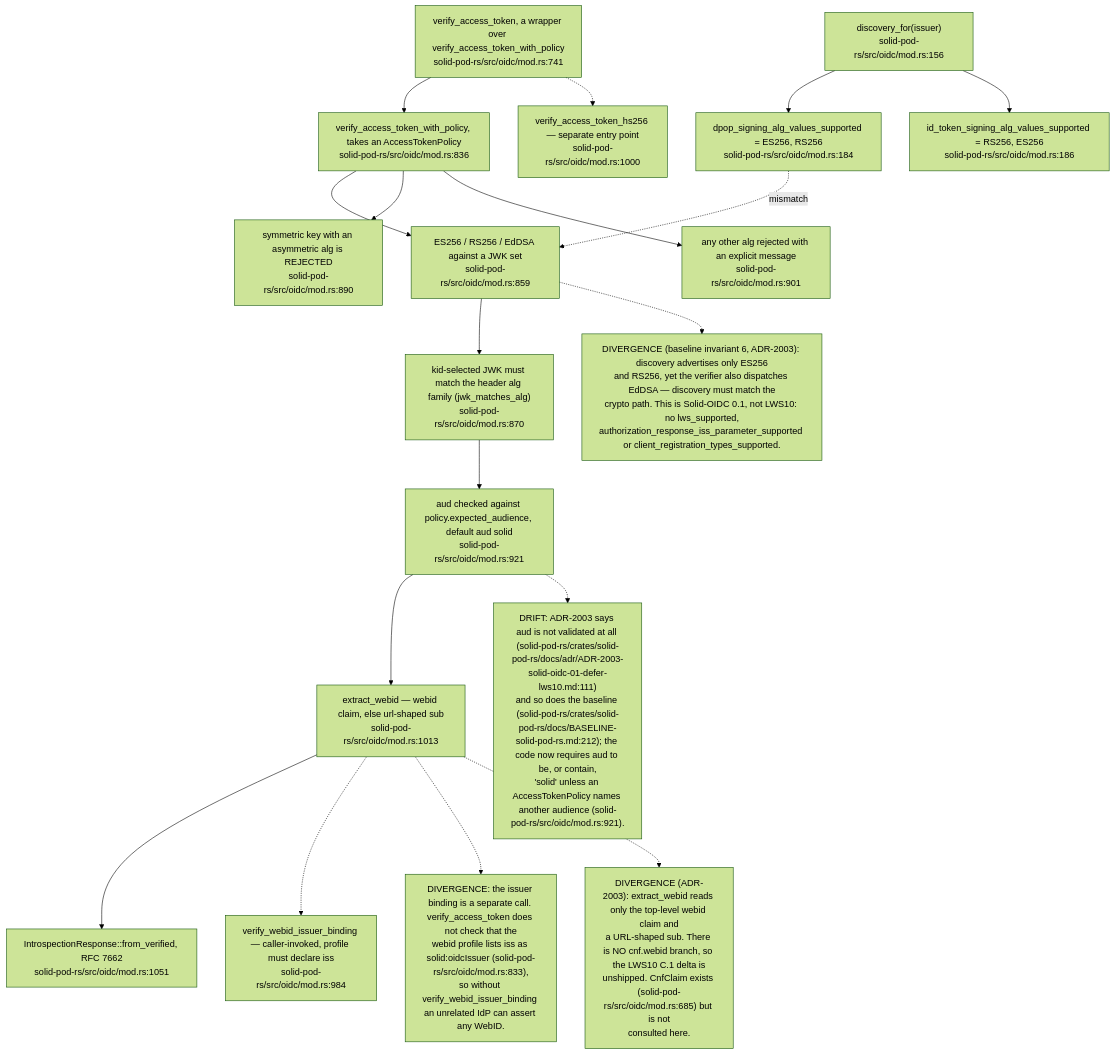
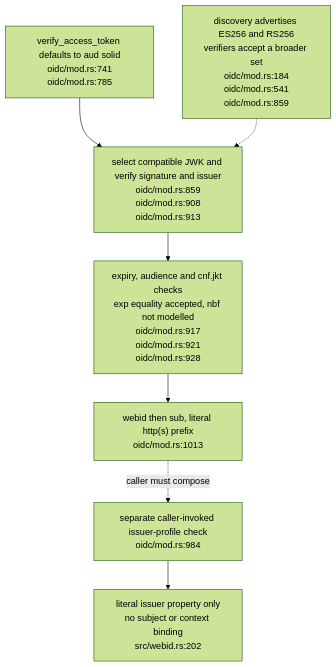
Before and after one commit to DreamLab-AI/VisionFlow: the seventh of 18 diagrams in docs/diagrams/solid-pod-rs/05-identity-nip98-did-oidc.md, drawn with Mermaid (forest theme). The commit also changed other lines of this file and 55 other files, not shown here.

Commit message:
docs: assess Solid OIDC admission and guarded fetching

````diff
--- a/docs/diagrams/solid-pod-rs/05-identity-nip98-did-oidc.md
+++ b/docs/diagrams/solid-pod-rs/05-identity-nip98-did-oidc.md
@@ -234,35 +226,13 @@
 ```mermaid
 flowchart TD
-    VT["verify_access_token, a wrapper over verify_access_token_with_policy<br/>solid-pod-rs/src/oidc/mod.rs:741"]
-    VTP["verify_access_token_with_policy, takes an AccessTokenPolicy<br/>solid-pod-rs/src/oidc/mod.rs:836"]
-    KID["kid-selected JWK must match the header alg family (jwk_matches_alg)<br/>solid-pod-rs/src/oidc/mod.rs:870"]
-    BIND["verify_webid_issuer_binding — caller-invoked, profile must declare iss<br/>solid-pod-rs/src/oidc/mod.rs:984"]
-    ASYM["ES256 / RS256 / EdDSA against a JWK set<br/>solid-pod-rs/src/oidc/mod.rs:859"]
-    SYMR["symmetric key with an asymmetric alg is REJECTED<br/>solid-pod-rs/src/oidc/mod.rs:890"]
-    OTHER["any other alg rejected with an explicit message<br/>solid-pod-rs/src/oidc/mod.rs:901"]
-    AUD["aud checked against policy.expected_audience, default aud solid<br/>solid-pod-rs/src/oidc/mod.rs:921"]
-    WID["extract_webid — webid claim, else url-shaped sub<br/>solid-pod-rs/src/oidc/mod.rs:1013"]
-    HS["verify_access_token_hs256 — separate entry point<br/>solid-pod-rs/src/oidc/mod.rs:1000"]
-    INTRO["IntrospectionResponse::from_verified, RFC 7662<br/>solid-pod-rs/src/oidc/mod.rs:1051"]
-    DISC["discovery_for(issuer)<br/>solid-pod-rs/src/oidc/mod.rs:156"]
-    ADV["dpop_signing_alg_values_supported = ES256, RS256<br/>solid-pod-rs/src/oidc/mod.rs:184"]
-    IDT["id_token_signing_alg_values_supported = RS256, ES256<br/>solid-pod-rs/src/oidc/mod.rs:186"]
-
-    VT --> VTP --> ASYM --> KID --> AUD --> WID --> INTRO
-    VTP --> SYMR
-    VTP --> OTHER
-    WID -.-> BIND
-    VT -.-> HS
-    DISC --> ADV
-    DISC --> IDT
-    ADV -. "mismatch" .-> ASYM
-
-    D1["DRIFT: ADR-2003 says aud is not validated at all (solid-pod-rs/crates/solid-pod-rs/docs/adr/ADR-2003-solid-oidc-01-defer-lws10.md:111)<br/>and so does the baseline (solid-pod-rs/crates/solid-pod-rs/docs/BASELINE-solid-pod-rs.md:212); the code now requires aud to be, or contain,<br/>'solid' unless an AccessTokenPolicy names another audience (solid-pod-rs/src/oidc/mod.rs:921)."]
-    D1b["DIVERGENCE: the issuer binding is a separate call. verify_access_token does not check that the<br/>webid profile lists iss as solid:oidcIssuer (solid-pod-rs/src/oidc/mod.rs:833),<br/>so without verify_webid_issuer_binding an unrelated IdP can assert any WebID."]
-    AUD -.-> D1
-    WID -.-> D1b
-    D2["DIVERGENCE (ADR-2003): extract_webid reads only the top-level webid claim and<br/>a URL-shaped sub. There is NO cnf.webid branch, so the LWS10 C.1 delta is<br/>unshipped. CnfClaim exists (solid-pod-rs/src/oidc/mod.rs:685) but is not<br/>consulted here."]
-    WID -.-> D2
-    D3["DIVERGENCE (baseline invariant 6, ADR-2003): discovery advertises only ES256<br/>and RS256, yet the verifier also dispatches EdDSA — discovery must match the<br/>crypto path. This is Solid-OIDC 0.1, not LWS10: no lws_supported,<br/>authorization_response_iss_parameter_supported or client_registration_types_supported."]
-    ASYM -.-> D3
+    API["verify_access_token defaults to aud solid<br/>oidc/mod.rs:741<br/>oidc/mod.rs:785"]
+    KEY["select compatible JWK and verify signature and issuer<br/>oidc/mod.rs:859<br/>oidc/mod.rs:908<br/>oidc/mod.rs:913"]
+    CLAIMS["expiry, audience and cnf.jkt checks<br/>exp equality accepted, nbf not modelled<br/>oidc/mod.rs:917<br/>oidc/mod.rs:921<br/>oidc/mod.rs:928"]
+    WEBID["webid then sub, literal http(s) prefix<br/>oidc/mod.rs:1013"]
+    PROFILE["separate caller-invoked issuer-profile check<br/>oidc/mod.rs:984"]
+    LIMIT["literal issuer property only<br/>no subject or context binding<br/>src/webid.rs:202"]
+    DISC["discovery advertises ES256 and RS256<br/>verifiers accept a broader set<br/>oidc/mod.rs:184<br/>oidc/mod.rs:541<br/>oidc/mod.rs:859"]
+    API --> KEY --> CLAIMS --> WEBID
+    WEBID -. "caller must compose" .-> PROFILE --> LIMIT
+    DISC -.-> KEY
 ```
````
